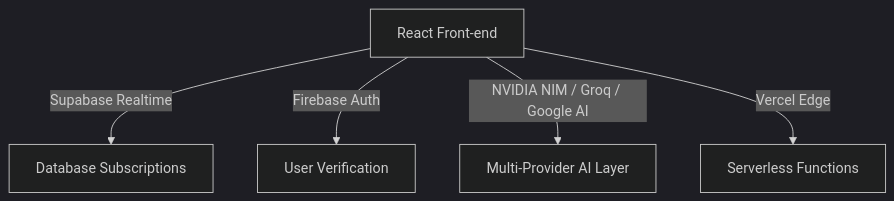
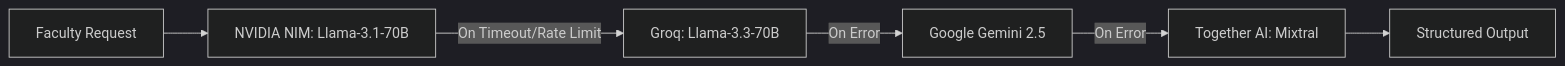
The first of 2 diagrams in README.md (Tharunmtb-racer21/kct-classroom-flow), drawn with Mermaid (dark theme) before and after one commit. The commit also changed other lines of this file, not shown here.

````diff
--- a/README.md
+++ b/README.md
@@ -46,7 +134,8 @@
 ```mermaid
-graph TD
-    A[React Front-end] -->|Supabase Realtime| B[Database Subscriptions]
-    A -->|Firebase Auth| C[User Verification]
-    A -->|NVIDIA NIM / Groq / Google AI| D[Multi-Provider AI Layer]
-    A -->|Vercel Edge| E[Serverless Functions]
+graph LR
+    User[Faculty Request] --> Primary[NVIDIA NIM: Llama-3.1-70B]
+    Primary -->|On Timeout/Rate Limit| Fallback1[Groq: Llama-3.3-70B]
+    Fallback1 -->|On Error| Fallback2[Google Gemini 2.5]
+    Fallback2 -->|On Error| Fallback3[Together AI: Mixtral]
+    Fallback3 --> Result[Structured Output]
 ```
````
